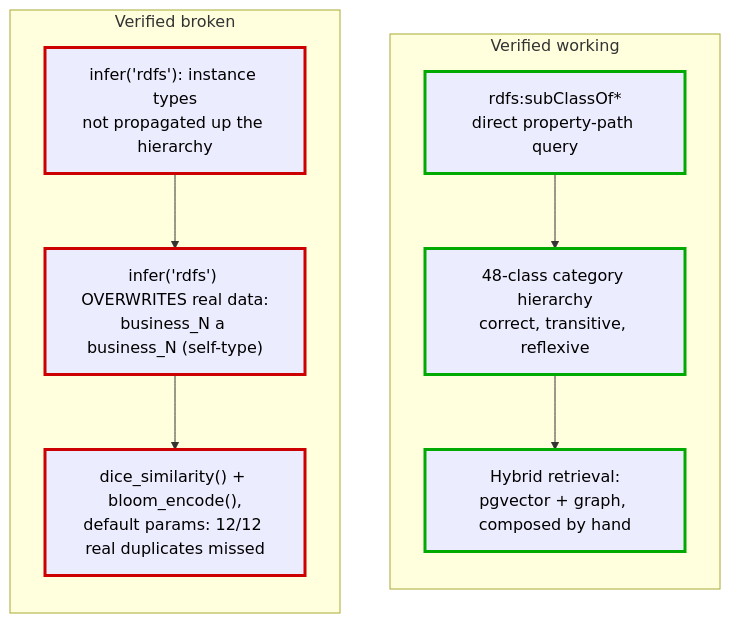
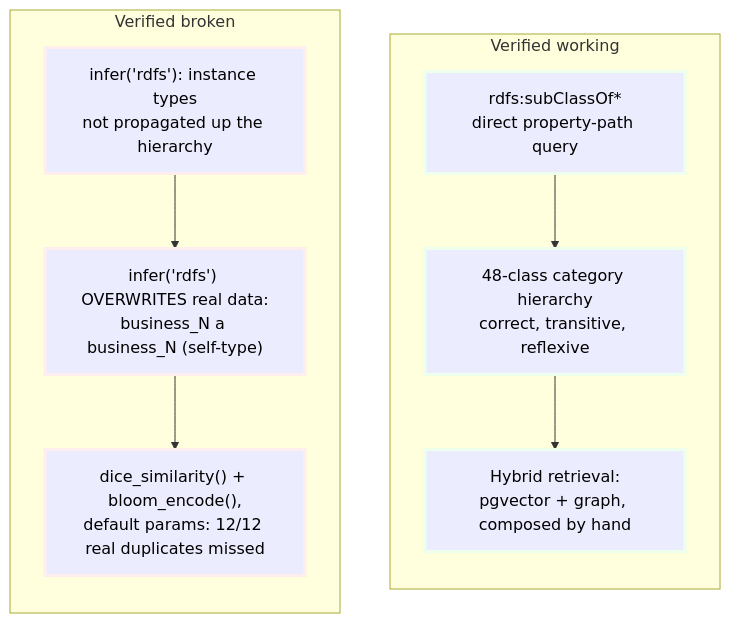
The diagram in diagrams/ch23_ontology_findings.mmd (chrislee35/postgresql-beyond-relational-lab-book), drawn with Mermaid before and after one commit. The commit also changed 39 other files, not shown here.

```diff
--- a/diagrams/ch23_ontology_findings.mmd
+++ b/diagrams/ch23_ontology_findings.mmd
@@ -1,21 +1,21 @@
 graph TB
     subgraph WORKING["Verified working"]
         direction TB
         W1["rdfs:subClassOf*<br/>direct property-path query"]
         W2["48-class category hierarchy<br/>correct, transitive, reflexive"]
         W3["Hybrid retrieval:<br/>pgvector + graph, composed by hand"]
         W1 --> W2 --> W3
     end
 
     subgraph BROKEN["Verified broken"]
         direction TB
         B1["infer('rdfs'): instance types<br/>not propagated up the hierarchy"]
         B2["infer('rdfs') OVERWRITES real data:<br/>business_N a business_N (self-type)"]
         B3["dice_similarity() + bloom_encode(),<br/>default params: 12/12 real duplicates missed"]
         B1 --> B2 --> B3
     end
 
-    classDef ok stroke:#0a0,stroke-width:3px,color:#000
-    classDef bad stroke:#c00,stroke-width:3px,color:#000
+    classDef ok stroke:#efe,stroke-width:3px,color:#000
+    classDef bad stroke:#fee,stroke-width:3px,color:#000
     class W1,W2,W3 ok
     class B1,B2,B3 bad
```
